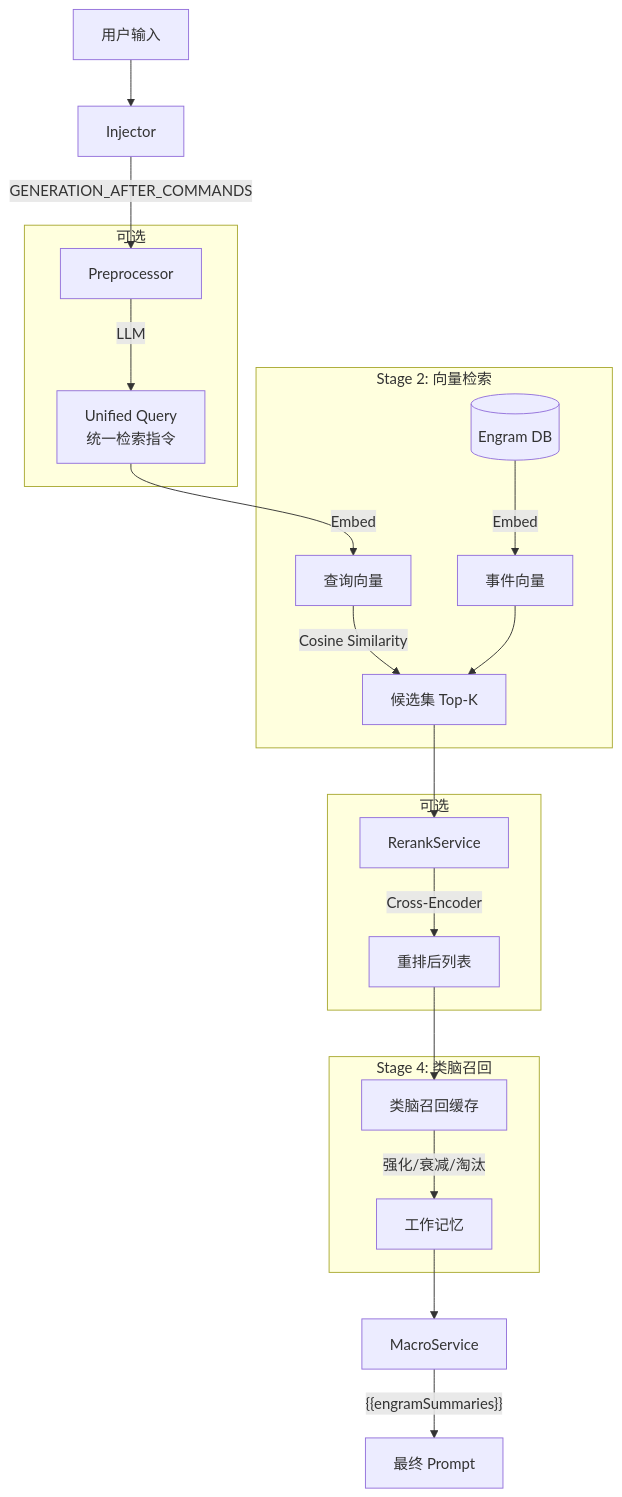
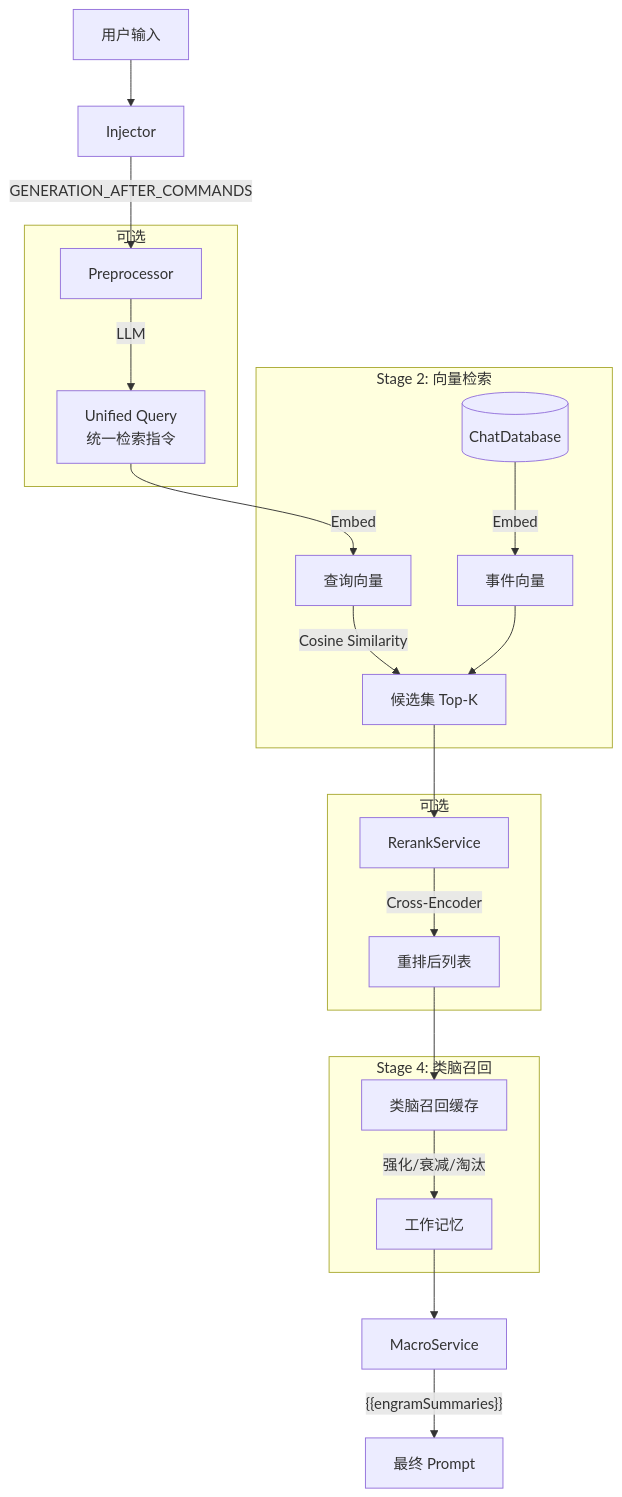
The diagram in docs/modules/Engram_RAG召回系统完全指南.md (shiyue137mh-netizen/Engram), drawn with Mermaid before and after one commit. The commit also changed other lines of this file and 1 other file, not shown here.

Commit message:
docs: synchronize architecture and RAG documentation with source code
- Replaced outdated `ParseJSON` with `ParseJson` in project architecture file structure.
- Updated RAG retrieval guide to reflect `ChatDatabase` replacing the deprecated `Engram DB` in Mermaid diagrams.
- Documented `Retriever.ts` V1.4.4 Cold-Start Protection logic and `skippedReason` return behavior.

````diff
--- a/docs/modules/Engram_RAG召回系统完全指南.md
+++ b/docs/modules/Engram_RAG召回系统完全指南.md
@@ -16,29 +16,29 @@
 ```mermaid
 graph TD
     UserInput[用户输入] --> Injector
     Injector -->|GENERATION_AFTER_COMMANDS| Preprocessor
 
     subgraph Stage 1: 预处理 [可选]
         Preprocessor -->|LLM| UnifiedQuery[Unified Query<br/>统一检索指令]
     end
 
     subgraph Stage 2: 向量检索
         UnifiedQuery -->|Embed| QueryVec[查询向量]
-        DB[(Engram DB)] -->|Embed| EventVec[事件向量]
+        DB[(ChatDatabase)] -->|Embed| EventVec[事件向量]
         QueryVec -->|Cosine Similarity| Candidates[候选集 Top-K]
         EventVec --> Candidates
     end
 
     subgraph Stage 3: 重排序 [可选]
         Candidates --> RerankService
         RerankService -->|Cross-Encoder| Reranked[重排后列表]
     end
 
     subgraph Stage 4: 类脑召回
         Reranked --> BrainRecallCache[类脑召回缓存]
         BrainRecallCache -->|强化/衰减/淘汰| WorkingMemory[工作记忆]
     end
 
     WorkingMemory --> MacroService
     MacroService -->|"{{engramSummaries}}"| Prompt[最终 Prompt]
 ```
````
